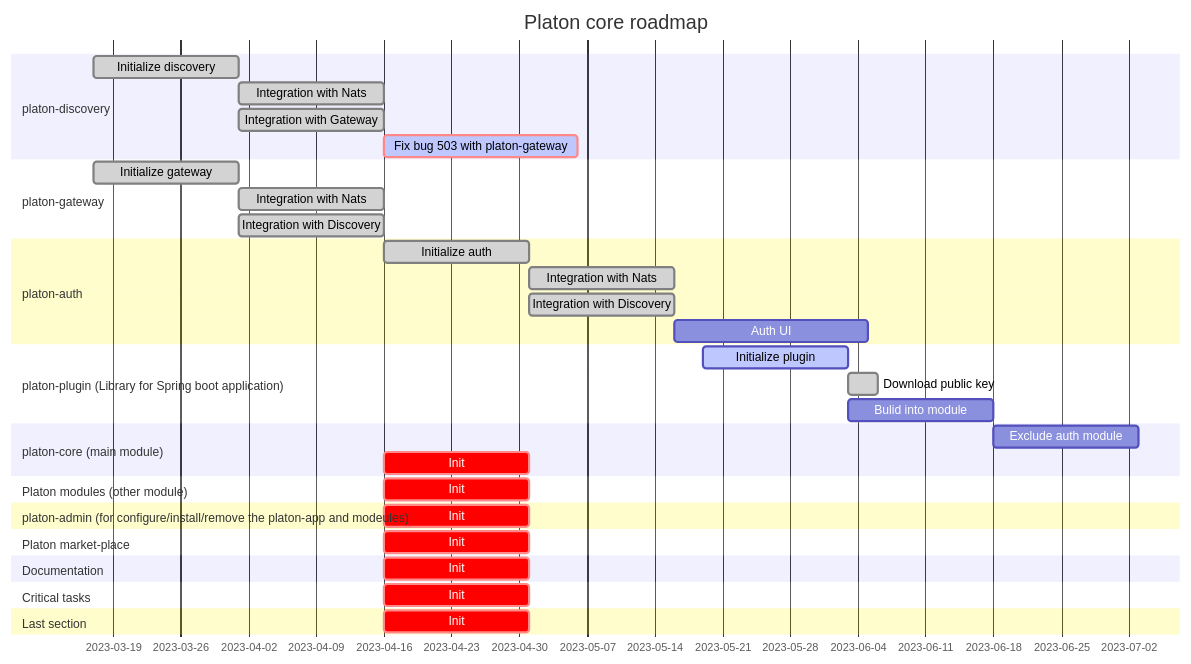
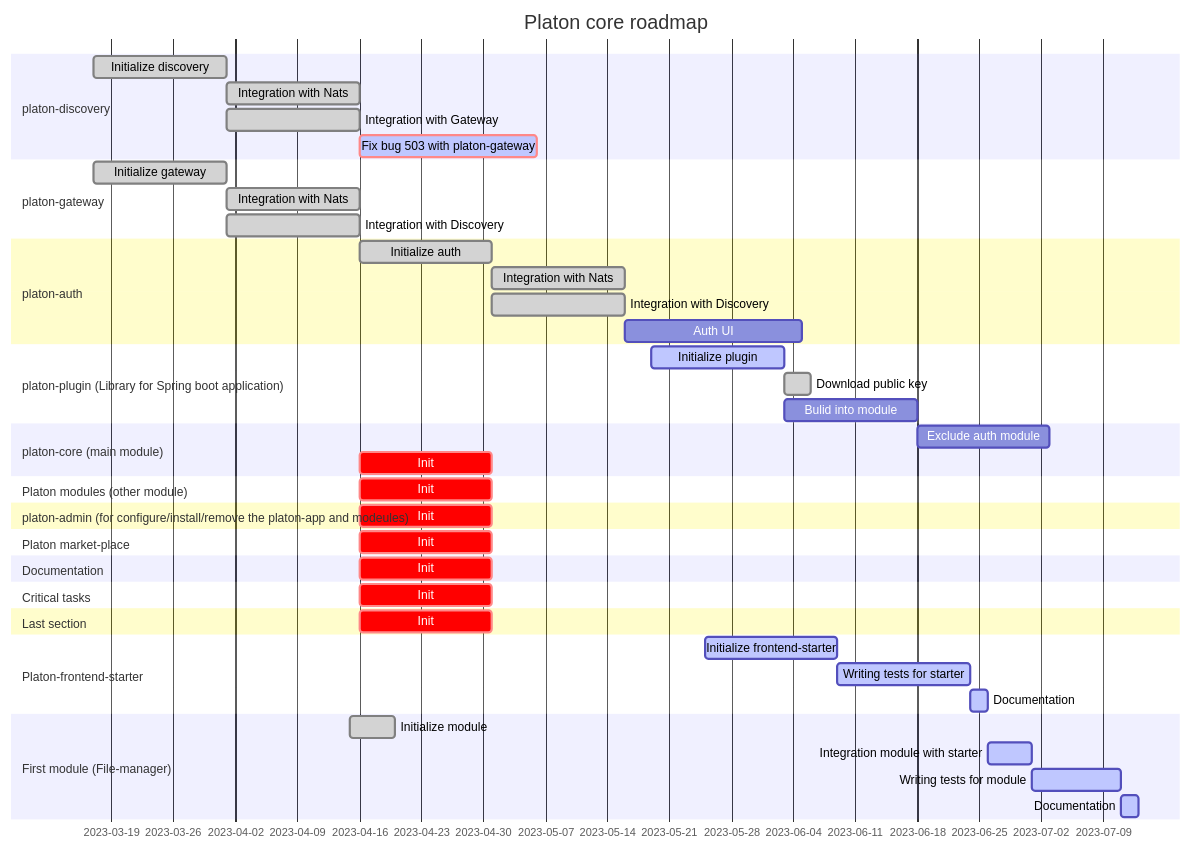
The diagram in README.md (Kamoliddin9798/platon-gantt), drawn with Mermaid before and after one commit.

Commit message:
Update README.md
Frontend section is added.

2-sections: Starter and first module (File manager)

````diff
--- a/README.md
+++ b/README.md
@@ -5,51 +5,61 @@
 ```mermaid
 gantt
        dateFormat  YYYY-MM-DD
        title Platon core roadmap
 
        section platon-discovery
        Initialize discovery                :done,    pd1, 2023-03-17, 15d
        Integration with Nats               :done,    pd2, after pd1, 15d
        Integration with Gateway            :done,    pd3, after pg1, 15d
        Fix bug 503 with platon-gateway     :active,  crit, after pd3, 20d
        
        section platon-gateway
        Initialize gateway                 :done,    pg1, 2023-03-17, 15d
        Integration with Nats              :done,    pg2, after pg1, 15d
        Integration with Discovery         :done,    pg3, after pd1, 15d
        
        section platon-auth
        Initialize auth                    :done,    pa1, after pg3, 15d
        Integration with Nats              :done,    pa2, after pa1, 15d
        Integration with Discovery         :done,    pa3, after pa1, 15d
        Auth UI                            :         after pa3, 20d
        
        section platon-plugin (Library for Spring boot application)
        Initialize plugin         :active,   pp1, 2023-05-19, 15d
        Download public key       :done,     pp2, after pp1, 3d
        Bulid into module         :          pp3, after pp1, 15d
        
        section platon-core (main module)
        Exclude auth module       :           pc1, after pp3, 15d
        Init                      :crit,      pa1, after pg3, 15d
 
        section Platon modules (other module)
        Init                      :crit,    pa1, after pg3, 15d 
        
        section platon-admin (for configure/install/remove the platon-app and modeules)
        Init                      :crit,    pa1, after pg3, 15d 
        
        section Platon market-place
        Init                      :crit,    pa1, after pg3, 15d 
        
        section Documentation
        Init                      :crit,    pa1, after pg3, 15d 
 
        section Critical tasks
        Init                      :crit,    pa1, after pg3, 15d 
 
        section Last section
        Init                      :crit,    pa1, after pg3, 15d 
 
+       section Platon-frontend-starter
+       Initialize frontend-starter         :active, fr1, 2023-05-25, 15d
+       Writing tests for starter           :active, fr2, after fr1, 15d
+       Documentation                       :active, fr3, after fr2, 2d
+
+       section First module (File-manager)
+       Initialize module                   :done,   fm1, 2023-04-15, 5d
+       Integration module with starter     :active, fm2, after fr3, 5d
+       Writing tests for module            :active, fm3, after fm2, 10d
+       Documentation                       :active, fm4, after fm3, 2d
       
    ```
````
